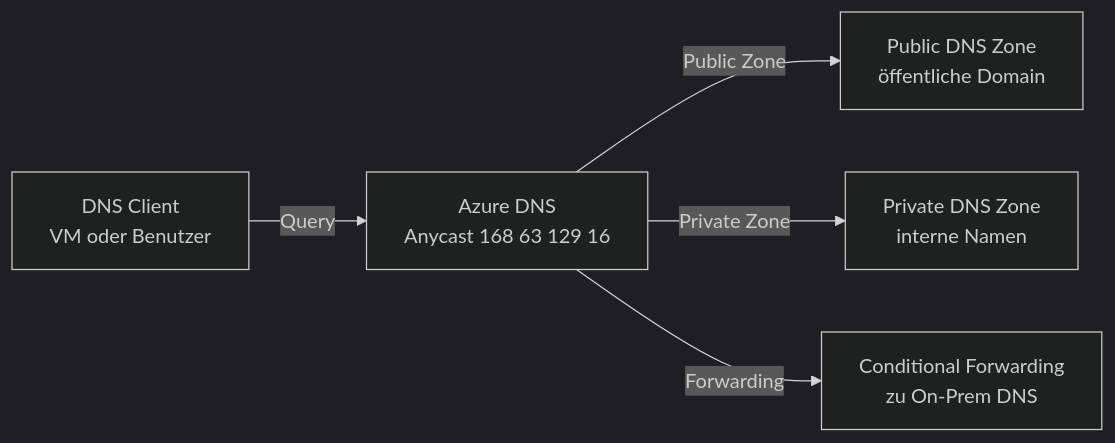
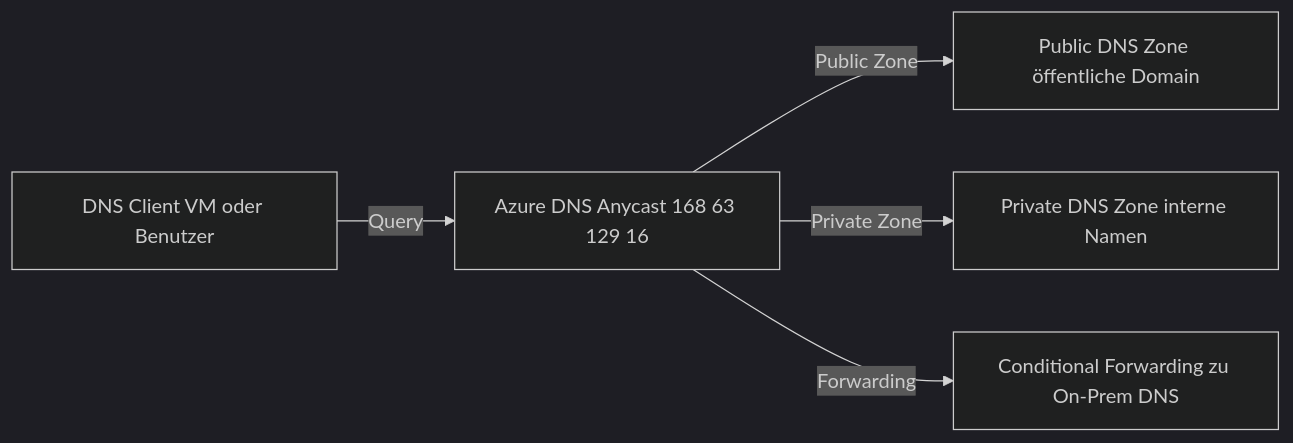
The first of 8 diagrams in Microsoft 365/Azure/Netzwerk/Azure DNS.md (SoniiiT/notes-n-docs), drawn with Mermaid (dark theme) before and after one commit. The commit also changed other lines of this file and 124 other files, not shown here.

First line of the commit message:
fix: Entferne \n aus allen Mermaid-Diagrammen (125 Dateien)

````diff
--- a/Microsoft 365/Azure/Netzwerk/Azure DNS.md
+++ b/Microsoft 365/Azure/Netzwerk/Azure DNS.md
@@ -29,7 +29,7 @@
 ```mermaid
 graph LR
-    CLIENT[DNS Client\nVM oder Benutzer] -->|Query| AZUREDNS[Azure DNS\nAnycast 168 63 129 16]
-    AZUREDNS -->|Public Zone| PUBLIC[Public DNS Zone\nöffentliche Domain]
-    AZUREDNS -->|Private Zone| PRIVATE[Private DNS Zone\ninterne Namen]
-    AZUREDNS -->|Forwarding| ONPREM[Conditional Forwarding\nzu On-Prem DNS]
+    CLIENT[DNS Client VM oder Benutzer] -->|Query| AZUREDNS[Azure DNS Anycast 168 63 129 16]
+    AZUREDNS -->|Public Zone| PUBLIC[Public DNS Zone öffentliche Domain]
+    AZUREDNS -->|Private Zone| PRIVATE[Private DNS Zone interne Namen]
+    AZUREDNS -->|Forwarding| ONPREM[Conditional Forwarding zu On-Prem DNS]
 ```
````
